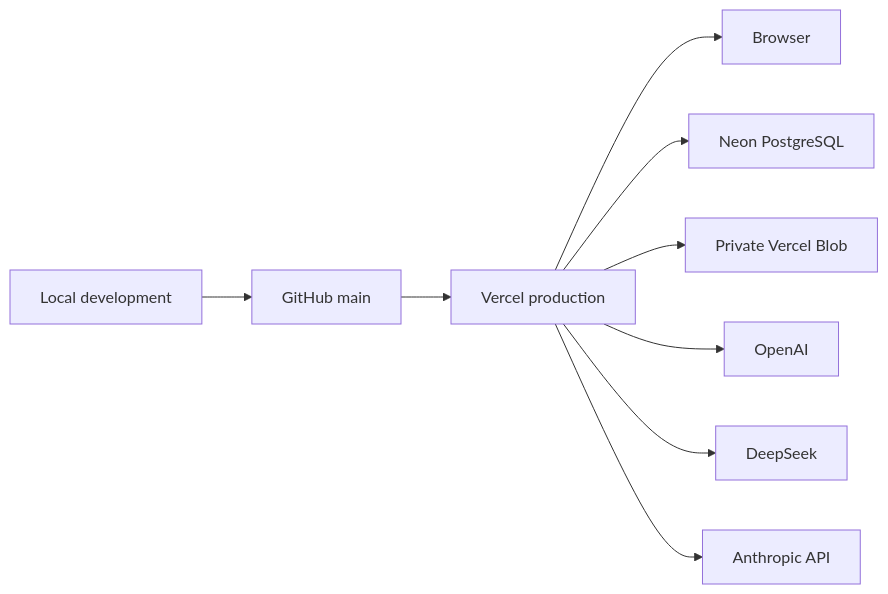
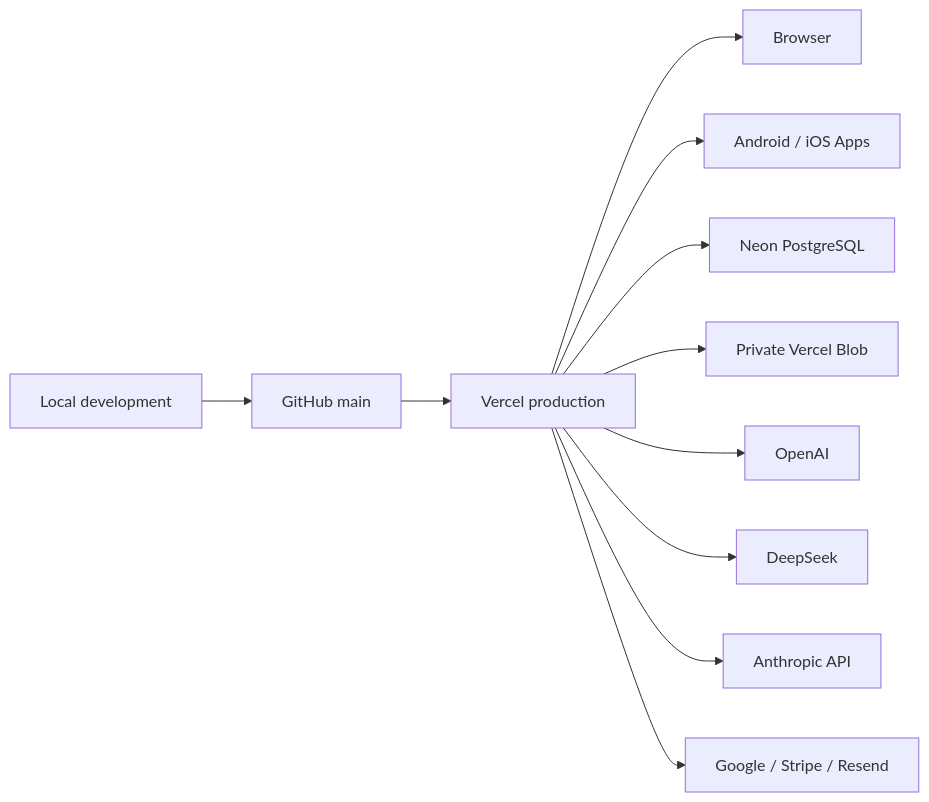
One commit to kakumine2001/NoteFable changed the diagram in docs/architecture/deployment.md. Above: the diagram before and after it, drawn with Mermaid. The commit also changed other lines of this file and 18 other files, not shown here.

````diff
--- a/docs/architecture/deployment.md
+++ b/docs/architecture/deployment.md
@@ -97,11 +97,13 @@
 ```mermaid
 flowchart LR
     Local["Local development"] --> GitHub["GitHub main"]
     GitHub --> Vercel["Vercel production"]
     Vercel --> Browser["Browser"]
+    Vercel --> Mobile["Android / iOS Apps"]
     Vercel --> Neon["Neon PostgreSQL"]
     Vercel --> Blob["Private Vercel Blob"]
     Vercel --> OpenAI["OpenAI"]
     Vercel --> DeepSeek["DeepSeek"]
     Vercel --> Anthropic["Anthropic API"]
+    Vercel --> External["Google / Stripe / Resend"]
 ```
````
